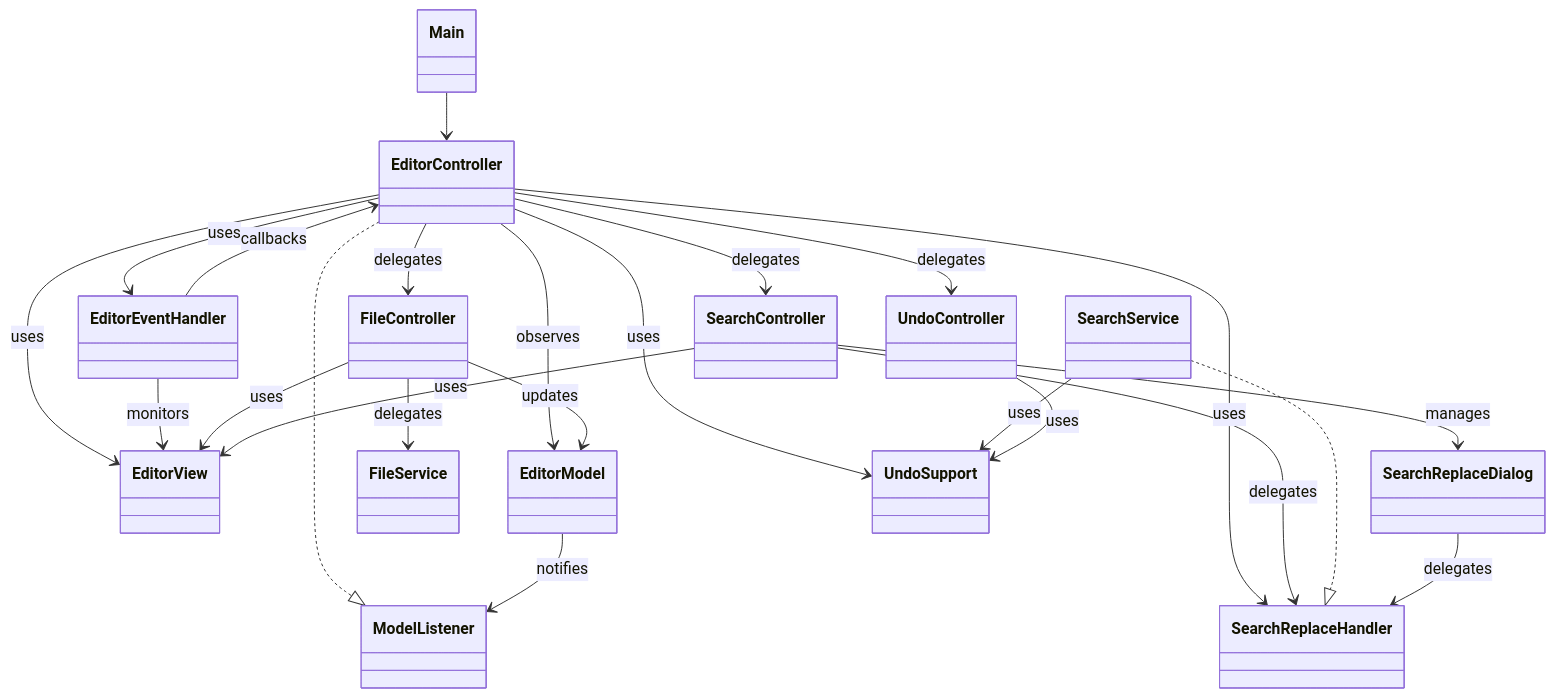
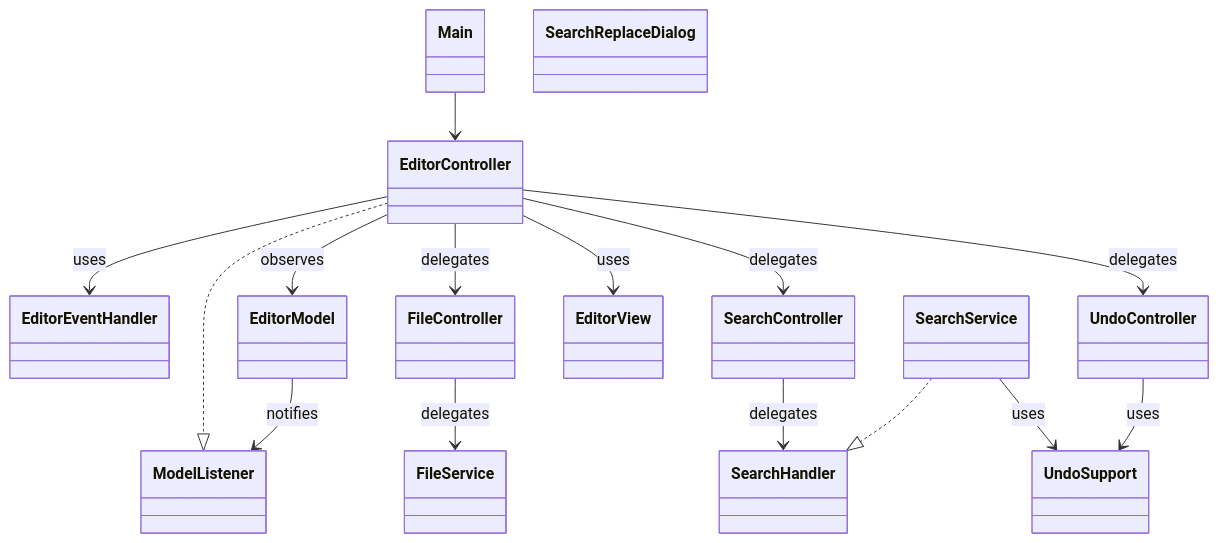
One commit to mkunori/TextEditor1Go changed the second of 7 diagrams in README.md. Above: the diagram before and after it, drawn with Mermaid. The commit also changed other lines of this file, not shown here.

Commit message:
クラス図更新

````diff
--- a/README.md
+++ b/README.md
@@ -142,48 +150,36 @@
 ```mermaid
 classDiagram
     class Main
     class EditorController
     class EditorEventHandler
     class FileController
     class SearchController
+    class UndoController
     class EditorView
     class EditorModel
     class ModelListener
     class FileService
-    class SearchReplaceHandler
+    class SearchHandler
     class SearchService
     class SearchReplaceDialog
     class UndoSupport
-    class UndoController
 
     Main --> EditorController
 
     EditorController --> EditorView : uses
     EditorController --> EditorModel : observes
     EditorController --> EditorEventHandler : uses
     EditorController --> FileController : delegates
     EditorController --> SearchController : delegates
-    EditorController --> UndoSupport : uses
-    EditorController --> SearchReplaceHandler : uses
     EditorController --> UndoController : delegates
-
-    EditorEventHandler --> EditorView : monitors
-    EditorEventHandler --> EditorController : callbacks
-
-    FileController --> EditorView : uses
-    FileController --> EditorModel : updates
-    FileController --> FileService : delegates
-
-    SearchController --> EditorView : uses
-    SearchController --> SearchReplaceHandler : delegates
-    SearchController --> SearchReplaceDialog : manages
 
     EditorController ..|> ModelListener
     EditorModel --> ModelListener : notifies
 
-    SearchService ..|> SearchReplaceHandler
+    FileController --> FileService : delegates
+    SearchController --> SearchHandler : delegates
+    SearchService ..|> SearchHandler
+
     SearchService --> UndoSupport : uses
-    SearchReplaceDialog --> SearchReplaceHandler : delegates
-    
     UndoController --> UndoSupport : uses
 ```
````
